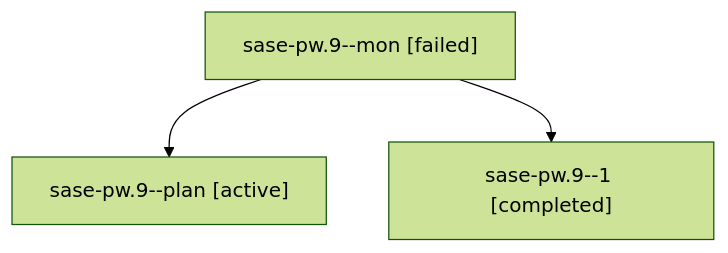
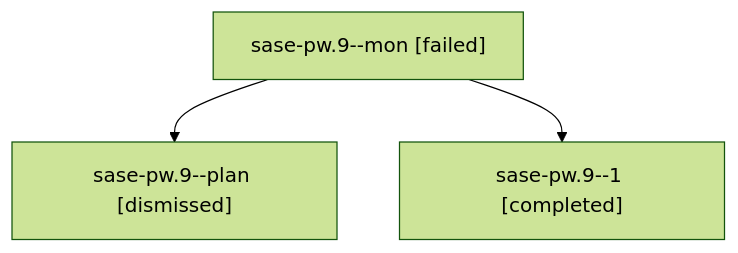
The diagram in sessions/bbugyi200.athena.sase-pw.9.md (sase-org/sase--agents), drawn with Mermaid (forest theme) before and after one commit. The commit also changed other lines of this file and 133 other files, not shown here.

````diff
--- a/sessions/bbugyi200.athena.sase-pw.9.md
+++ b/sessions/bbugyi200.athena.sase-pw.9.md
@@ -9,8 +9,8 @@
 ```mermaid
 flowchart TD
   n0["sase-pw.9--mon [failed]"]
-  n1["sase-pw.9--plan [active]"]
+  n1["sase-pw.9--plan [dismissed]"]
   n0 --> n1
   n2["sase-pw.9--1 [completed]"]
   n0 --> n2
 ```
````
